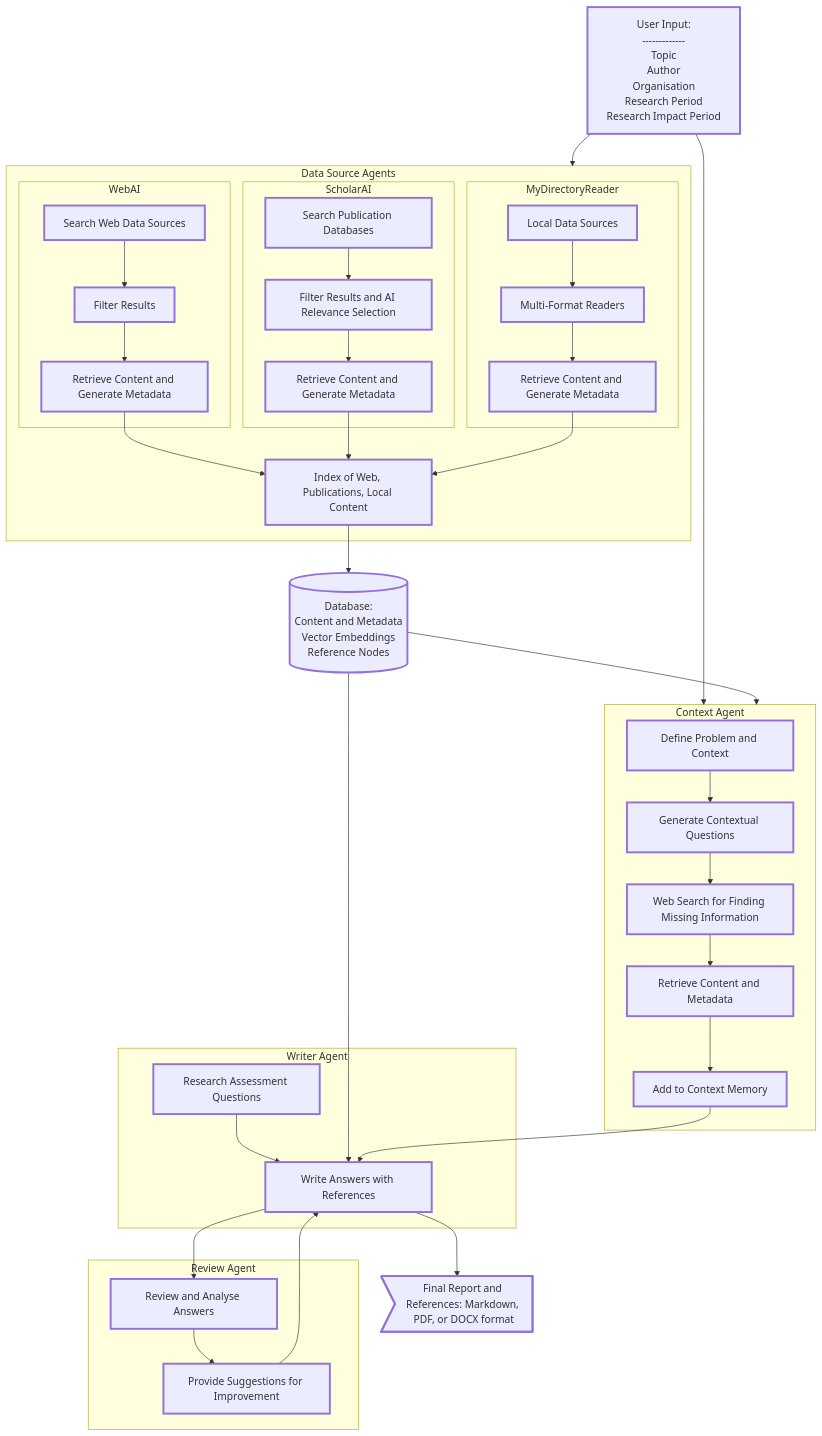
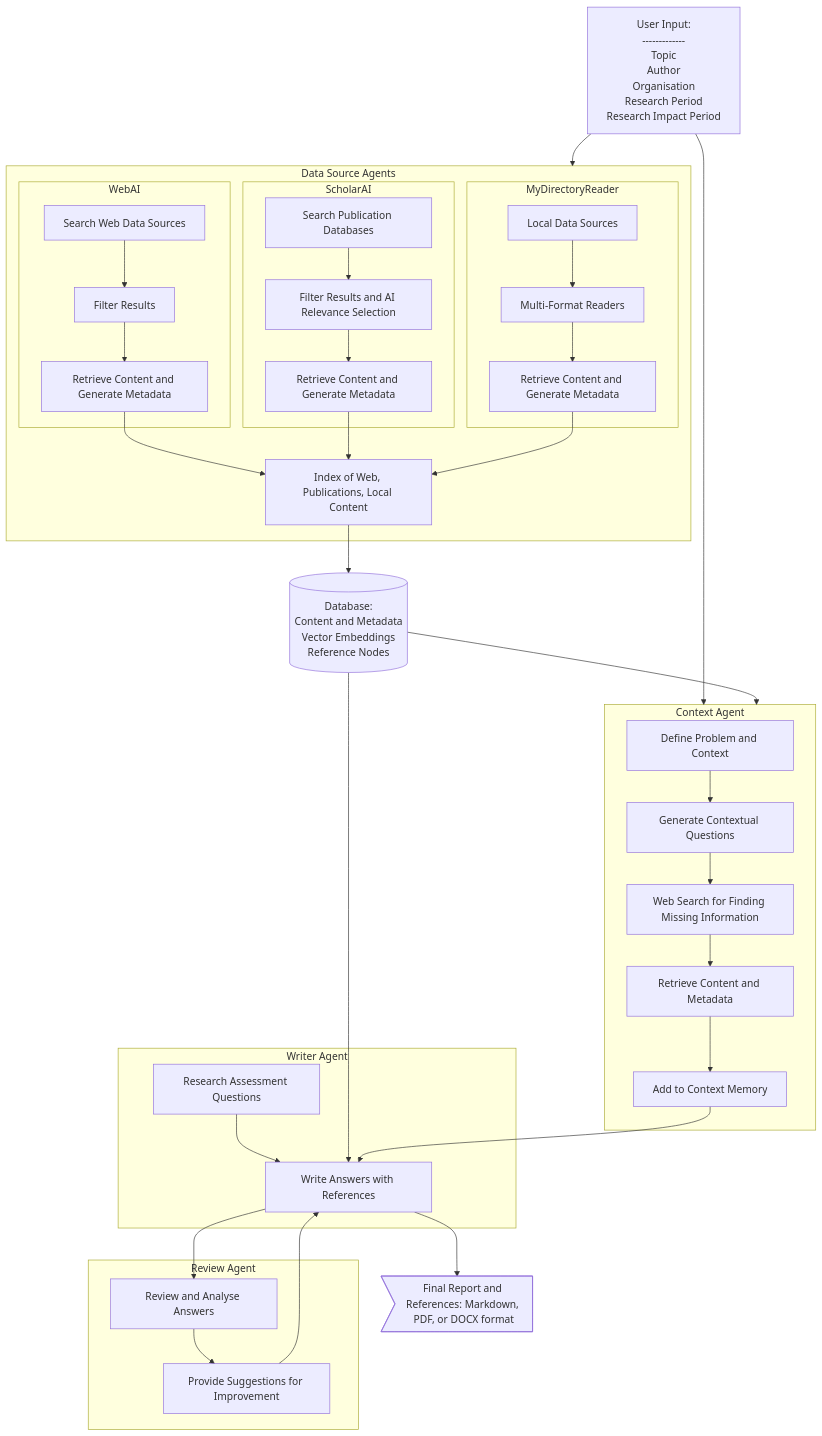
The diagram in ragpipe/codegraph.md (Sydney-Informatics-Hub/riaf-health), drawn with Mermaid before and after one commit. The commit also changed other lines of this file, not shown here.

Commit message:
Remove class in mermaid and add title and caption

````diff
--- a/ragpipe/codegraph.md
+++ b/ragpipe/codegraph.md
@@ -78,7 +80,4 @@
     X --> Y;
     Y --> Z;
     Z --> F;
-
-    classDef default stroke-width:3px;
-
 ```
````
